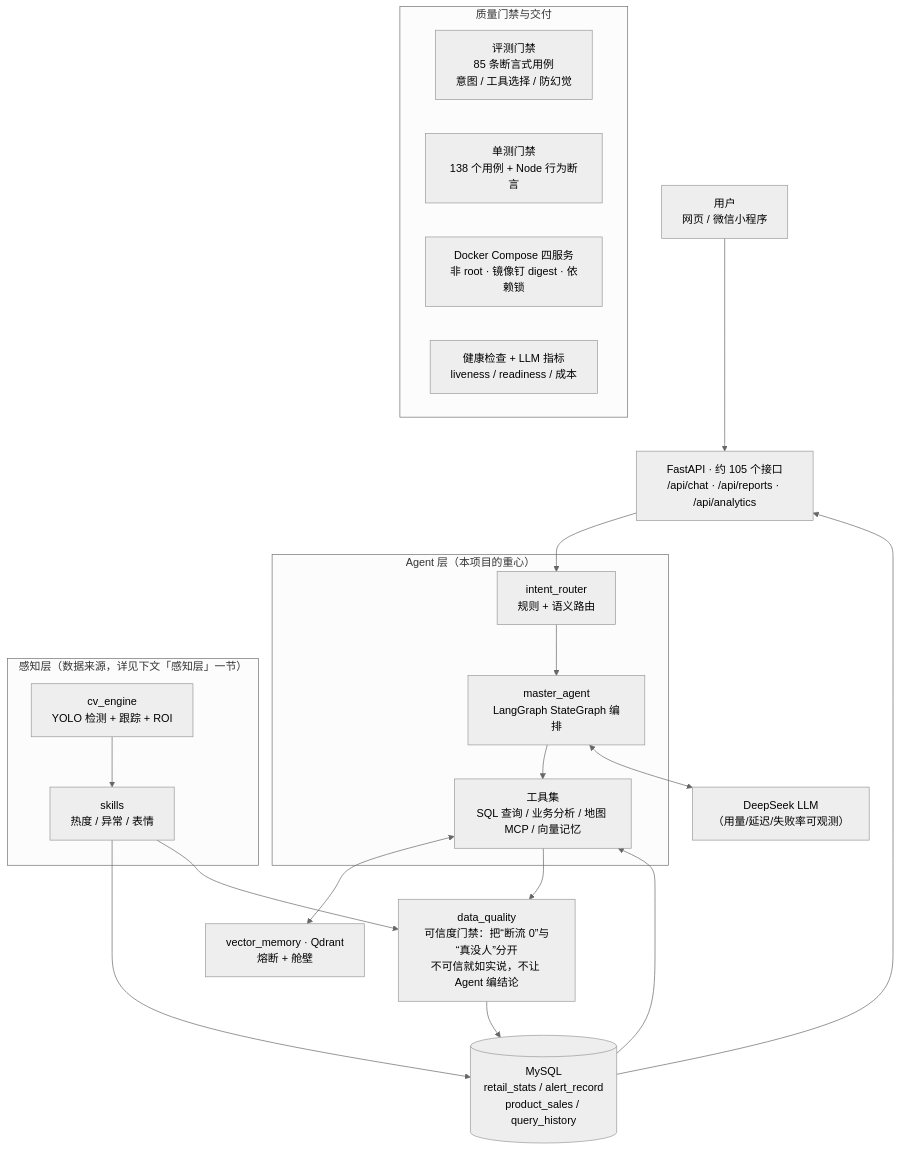
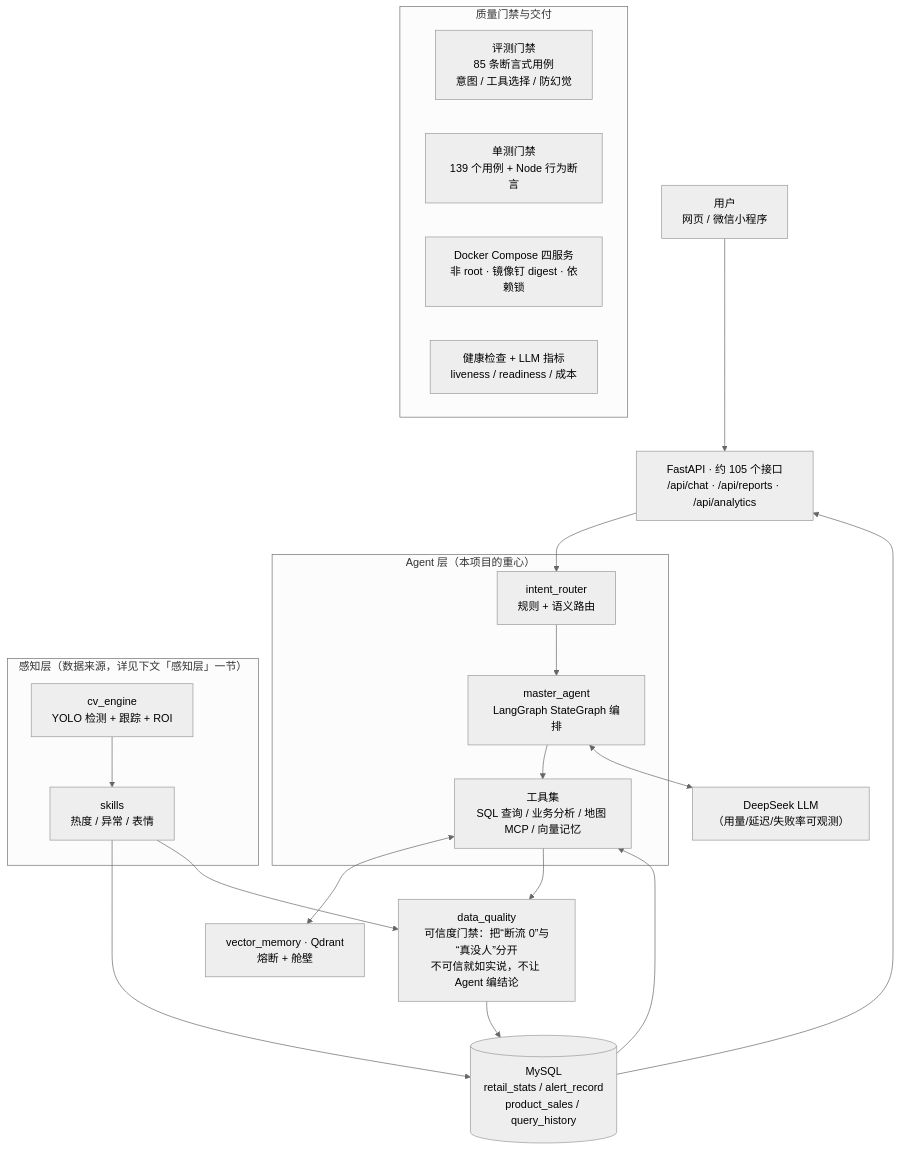
One commit to gaowanyu2027/Retail_assistant_v4 changed the diagram in README.md. Above: the diagram before and after it, drawn with Mermaid (neutral theme). The commit also changed other lines of this file and 11 other files, not shown here.

````diff
--- a/README.md
+++ b/README.md
@@ -37,35 +37,35 @@
 ```mermaid
 flowchart TB
     U["用户<br/>网页 / 微信小程序"] --> API["FastAPI · 约 105 个接口<br/>/api/chat · /api/reports · /api/analytics"]
 
     subgraph AGENT["Agent 层（本项目的重心）"]
         IR["intent_router<br/>规则 + 语义路由"]
         MA["master_agent<br/>LangGraph StateGraph 编排"]
         TL["工具集<br/>SQL 查询 / 业务分析 / 地图 MCP / 向量记忆"]
         IR --> MA --> TL
     end
 
     API --> IR
     MA <--> LLM["DeepSeek LLM<br/>（用量/延迟/失败率可观测）"]
     TL <--> VM["vector_memory · Qdrant<br/>熔断 + 舱壁"]
     TL --> DQ["data_quality<br/>可信度门禁：把“断流 0”与“真没人”分开<br/>不可信就如实说，不让 Agent 编结论"]
 
     DQ --> DB[("MySQL<br/>retail_stats / alert_record<br/>product_sales / query_history")]
     DB --> TL
     DB --> API
 
     subgraph PERCEPT["感知层（数据来源，详见下文「感知层」一节）"]
         CV["cv_engine<br/>YOLO 检测 + 跟踪 + ROI"]
         SK["skills<br/>热度 / 异常 / 表情"]
         CV --> SK
     end
     SK --> DB
     SK --> DQ
 
     subgraph OPS["质量门禁与交付"]
         O1["评测门禁<br/>85 条断言式用例<br/>意图 / 工具选择 / 防幻觉"]
-        O2["单测门禁<br/>138 个用例 + Node 行为断言"]
+        O2["单测门禁<br/>139 个用例 + Node 行为断言"]
         O3["Docker Compose 四服务<br/>非 root · 镜像钉 digest · 依赖锁"]
         O4["健康检查 + LLM 指标<br/>liveness / readiness / 成本"]
     end
 ```
````
